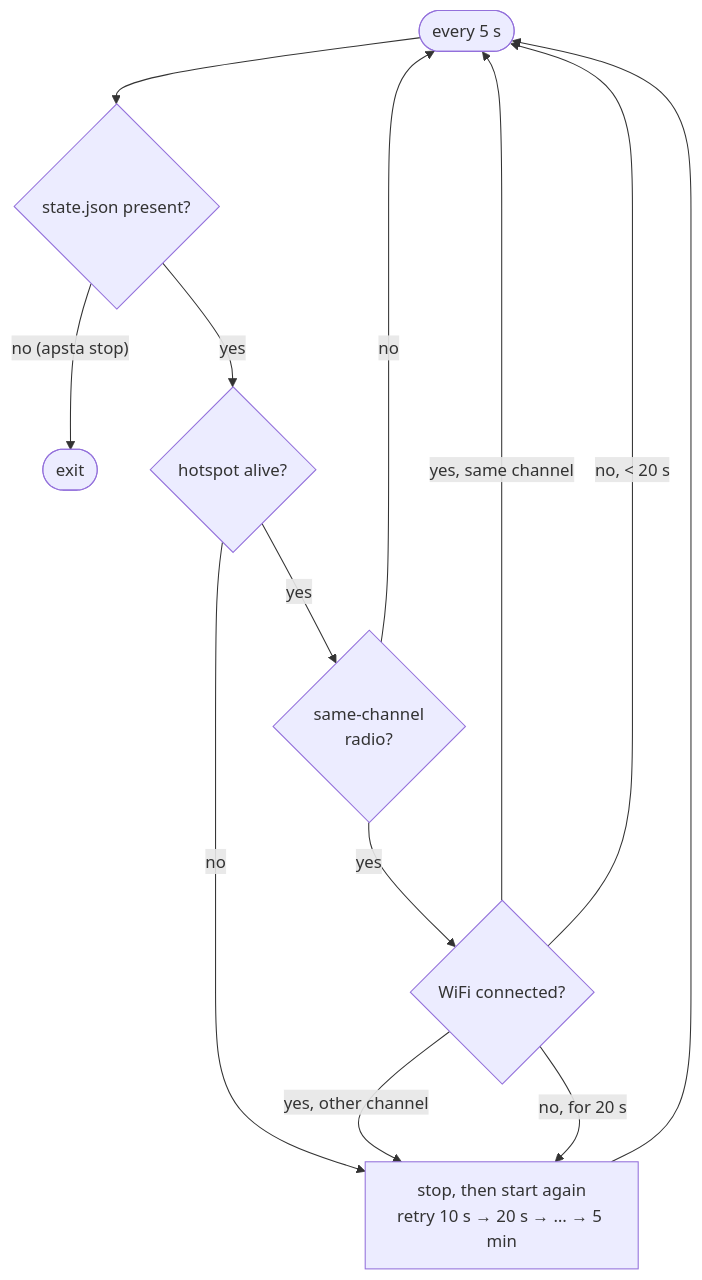
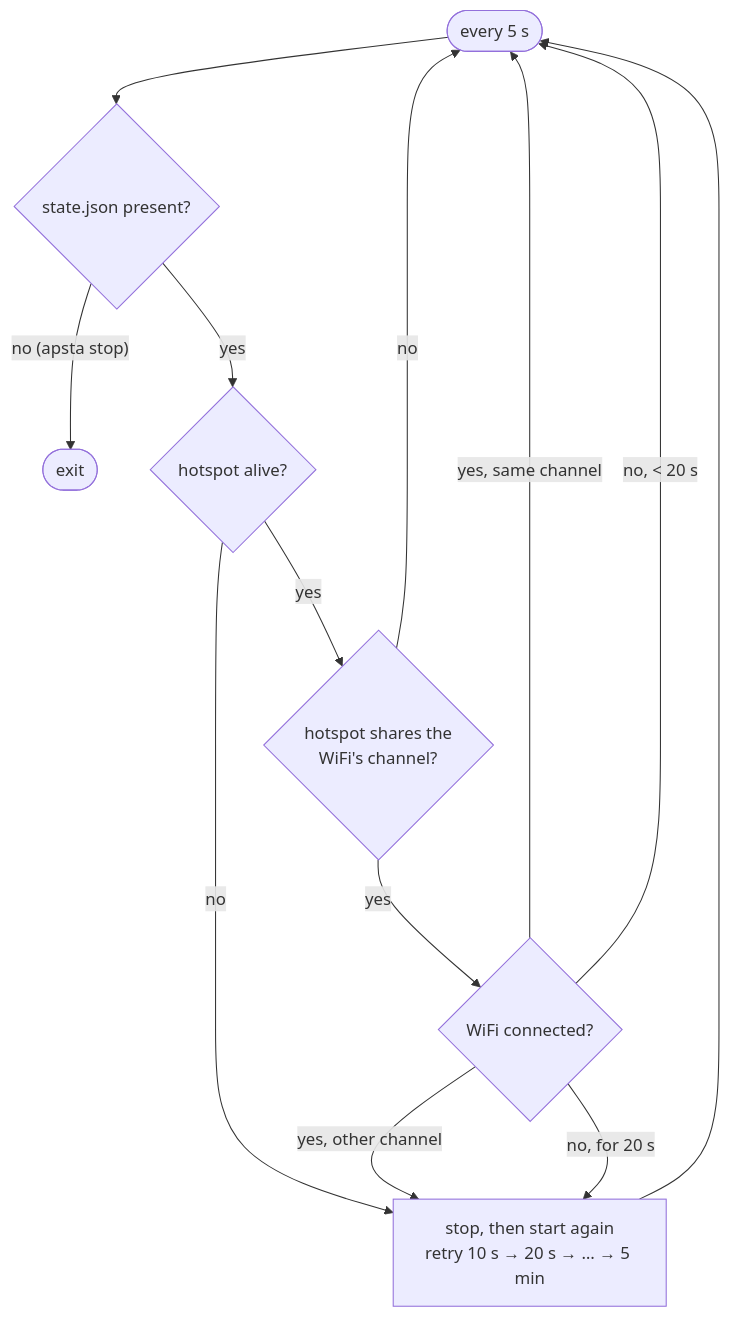
Before and after one commit to krotrn/apsta: the third of 4 diagrams in docs/ARCHITECTURE.md, drawn with Mermaid. The commit also changed other lines of this file, not shown here.

Commit message:
docs: architecture covers wpa.py, the method setting and decision notes

````diff
--- a/docs/ARCHITECTURE.md
+++ b/docs/ARCHITECTURE.md
@@ -108,15 +134,15 @@
 ```mermaid
 flowchart TD
     Poll(["every 5 s"]) --> St{"state.json present?"}
     St -- "no (apsta stop)" --> Exit(["exit"])
     St -- "yes" --> Alive{"hotspot alive?"}
     Alive -- "no" --> Restart
-    Alive -- "yes" --> Same{"same-channel<br/>radio?"}
+    Alive -- "yes" --> Same{"hotspot shares the<br/>WiFi's channel?"}
     Same -- "no" --> Poll
     Same -- "yes" --> Link{"WiFi connected?"}
     Link -- "yes, same channel" --> Poll
     Link -- "yes, other channel" --> Restart
     Link -- "no, for 20 s" --> Restart
     Link -- "no, < 20 s" --> Poll
     Restart["stop, then start again<br/>retry 10 s → 20 s → … → 5 min"] --> Poll
 ```
````
